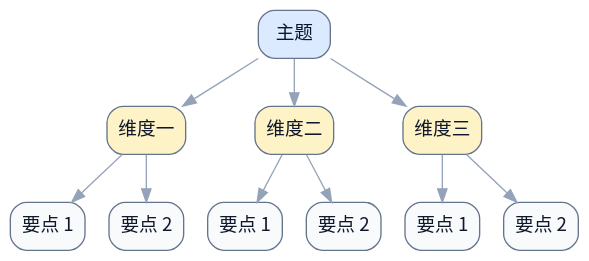
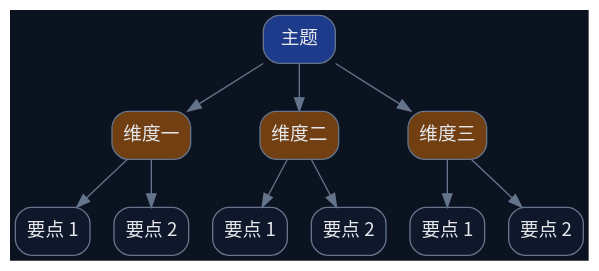
The fifth of 5 diagrams in skills/draw-dot/references/patterns.md (terencefan/inority-workspace), drawn with Graphviz before and after one commit. The commit also changed other lines of this file and 45 other files, not shown here.

````diff
--- a/skills/draw-dot/references/patterns.md
+++ b/skills/draw-dot/references/patterns.md
@@ -126,29 +126,29 @@
 ```dot
 digraph G {
-  graph [fontname="Noto Sans CJK SC", rankdir=TB, bgcolor="transparent"];
-  node [fontname="Noto Sans CJK SC", shape=box, style="rounded,filled", color="#64748b", fontcolor="#0f172a", fillcolor="#f8fafc"];
-  edge [fontname="Noto Sans CJK SC", color="#94a3b8", fontcolor="#94a3b8"];
+  graph [fontname="Noto Sans CJK SC", rankdir=TB, bgcolor="#0b1220"];
+  node [fontname="Noto Sans CJK SC", shape=box, style="rounded,filled", color="#64748b", fontcolor="#e5e7eb", fillcolor="#0f172a"];
+  edge [fontname="Noto Sans CJK SC", color="#64748b", fontcolor="#64748b"];
 
-  root [label="主题", fillcolor="#dbeafe"];
-  area_1 [label="维度一", fillcolor="#fef3c7"];
-  area_2 [label="维度二", fillcolor="#fef3c7"];
-  area_3 [label="维度三", fillcolor="#fef3c7"];
+  root [label="主题", fillcolor="#1e3a8a"];
+  area_1 [label="维度一", fillcolor="#713f12"];
+  area_2 [label="维度二", fillcolor="#713f12"];
+  area_3 [label="维度三", fillcolor="#713f12"];
 
-  leaf_11 [label="要点 1", fillcolor="#f8fafc"];
-  leaf_12 [label="要点 2", fillcolor="#f8fafc"];
-  leaf_21 [label="要点 1", fillcolor="#f8fafc"];
-  leaf_22 [label="要点 2", fillcolor="#f8fafc"];
-  leaf_31 [label="要点 1", fillcolor="#f8fafc"];
-  leaf_32 [label="要点 2", fillcolor="#f8fafc"];
+  leaf_11 [label="要点 1", fillcolor="#0f172a"];
+  leaf_12 [label="要点 2", fillcolor="#0f172a"];
+  leaf_21 [label="要点 1", fillcolor="#0f172a"];
+  leaf_22 [label="要点 2", fillcolor="#0f172a"];
+  leaf_31 [label="要点 1", fillcolor="#0f172a"];
+  leaf_32 [label="要点 2", fillcolor="#0f172a"];
 
   root -> area_1;
   root -> area_2;
   root -> area_3;
   area_1 -> leaf_11;
   area_1 -> leaf_12;
   area_2 -> leaf_21;
   area_2 -> leaf_22;
   area_3 -> leaf_31;
   area_3 -> leaf_32;
 }
 ```
````
